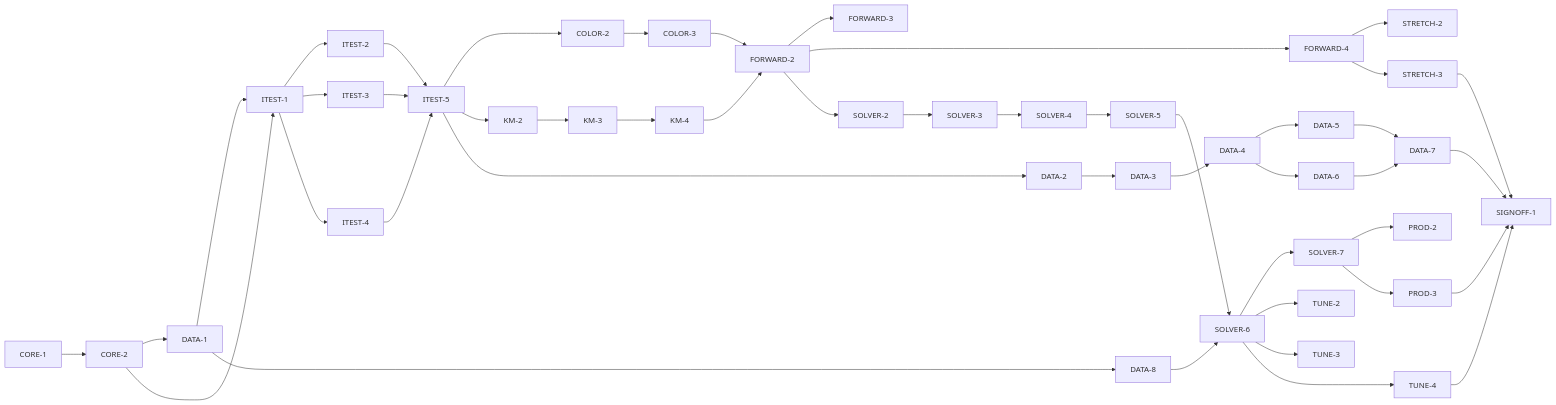
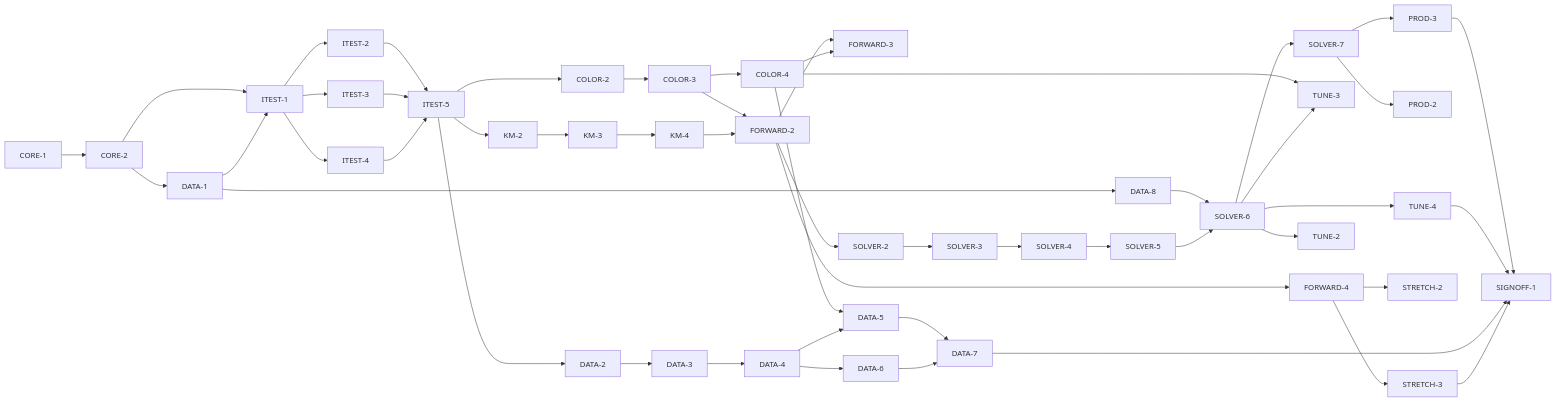
One commit to meatsquirk/pigment-km changed the diagram in specs/pigment-km-engine/MASTER_PLAN_FOR_FEATURE.md. Above: the diagram before and after it, drawn with Mermaid. The commit also changed other lines of this file and 1 other file, not shown here.

````diff
--- a/specs/pigment-km-engine/MASTER_PLAN_FOR_FEATURE.md
+++ b/specs/pigment-km-engine/MASTER_PLAN_FOR_FEATURE.md
@@ -175,18 +176,19 @@
 ```mermaid
 graph LR
   CORE-1 --> CORE-2 --> DATA-1
   CORE-2 --> ITEST-1
   DATA-1 --> ITEST-1
   ITEST-1 --> ITEST-2 & ITEST-3 & ITEST-4 --> ITEST-5
   ITEST-5 --> COLOR-2 & KM-2 & DATA-2
-  COLOR-2 --> COLOR-3
+  COLOR-2 --> COLOR-3 --> COLOR-4
   KM-2 --> KM-3 --> KM-4
   COLOR-3 & KM-4 --> FORWARD-2 --> FORWARD-3 & FORWARD-4
+  COLOR-4 --> DATA-5 & FORWARD-3 & TUNE-3
   DATA-2 --> DATA-3 --> DATA-4 --> DATA-5 & DATA-6 --> DATA-7
   DATA-1 --> DATA-8 --> SOLVER-6
   FORWARD-2 --> SOLVER-2 --> SOLVER-3 --> SOLVER-4 --> SOLVER-5 --> SOLVER-6 --> SOLVER-7
   SOLVER-6 --> TUNE-2 & TUNE-3 & TUNE-4
   SOLVER-7 --> PROD-2 & PROD-3
   FORWARD-4 --> STRETCH-2 & STRETCH-3
   PROD-3 & TUNE-4 & DATA-7 & STRETCH-3 --> SIGNOFF-1
 ```
````
